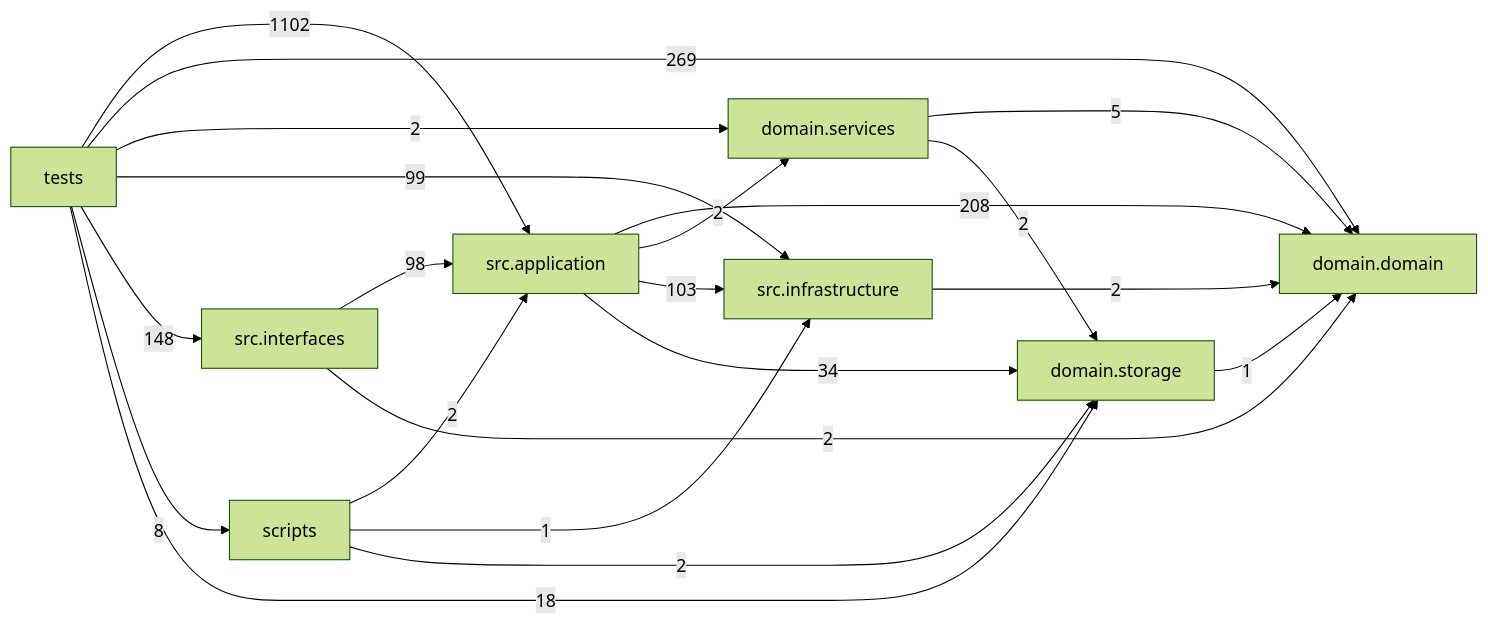
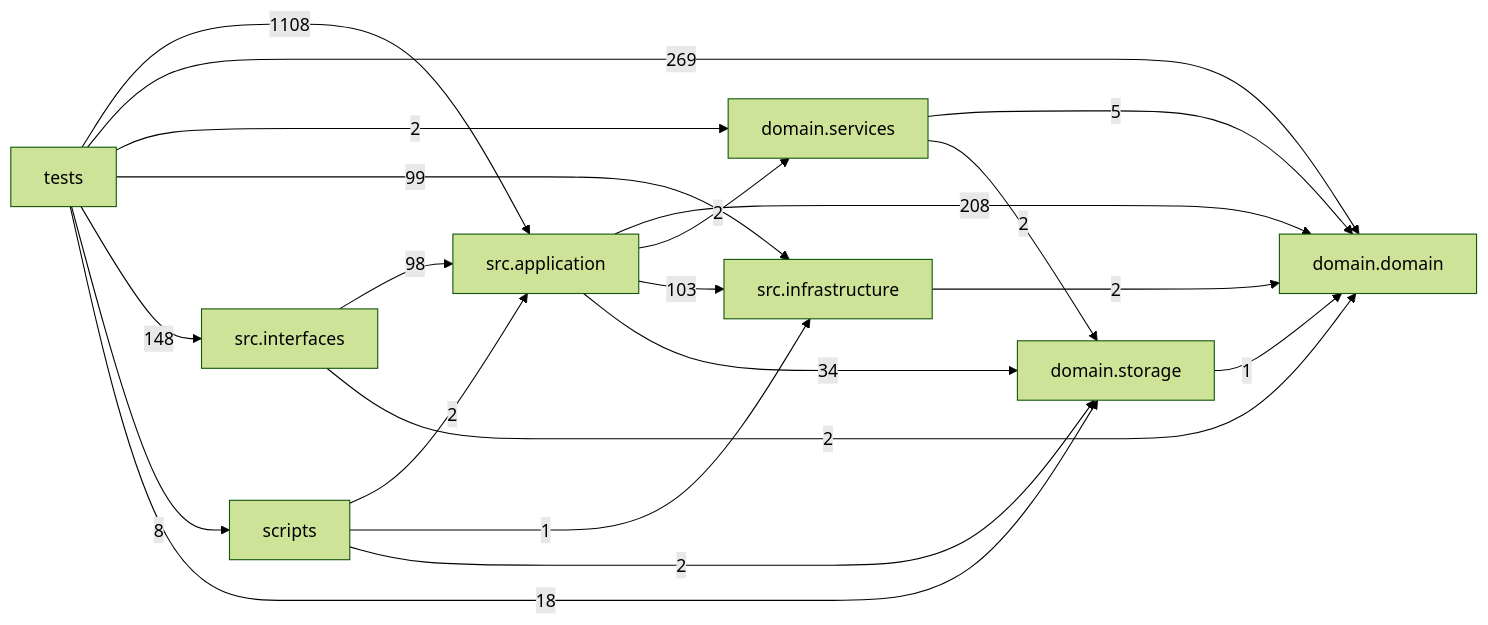
One commit to liuxie066/options-monitor changed the diagram in docs/DEPENDENCY_GRAPH.md. Above: the diagram before and after it, drawn with Mermaid (forest theme). The commit also changed other lines of this file and 9 other files, not shown here.

````diff
--- a/docs/DEPENDENCY_GRAPH.md
+++ b/docs/DEPENDENCY_GRAPH.md
@@ -24,31 +24,31 @@
 ```mermaid
 flowchart LR
   tests["tests"]
   scripts["scripts"]
   interfaces["src.interfaces"]
   application["src.application"]
   infrastructure["src.infrastructure"]
   domain_services["domain.services"]
   domain["domain.domain"]
   storage["domain.storage"]
   application -->|208| domain
   application -->|2| domain_services
   application -->|103| infrastructure
   application -->|34| storage
   domain_services -->|5| domain
   domain_services -->|2| storage
   infrastructure -->|2| domain
   interfaces -->|98| application
   interfaces -->|2| domain
   scripts -->|2| application
   scripts -->|1| infrastructure
   scripts -->|2| storage
   storage -->|1| domain
-  tests -->|1102| application
+  tests -->|1108| application
   tests -->|269| domain
   tests -->|2| domain_services
   tests -->|99| infrastructure
   tests -->|148| interfaces
   tests -->|8| scripts
   tests -->|18| storage
 ```
````
